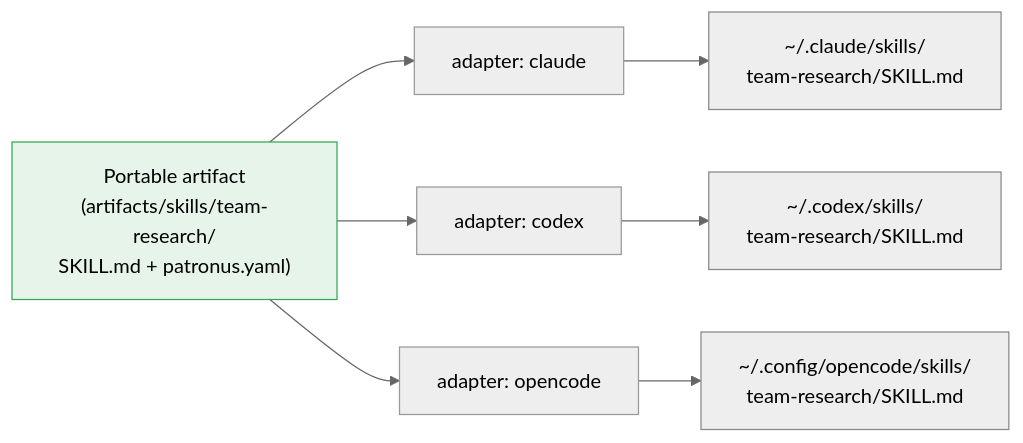
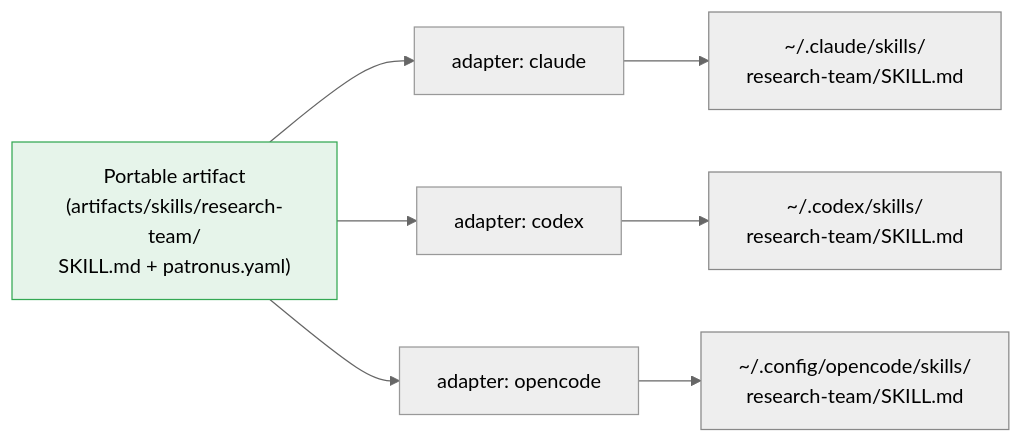
The fifth of 7 diagrams in README.md (darkquasar/patronus), drawn with Mermaid (neutral theme) before and after one commit. The commit also changed other lines of this file and 31 other files, not shown here.

First line of the commit message:
refactor(skills): rename team-research to research-team

````diff
--- a/README.md
+++ b/README.md
@@ -212,17 +212,17 @@
 ```mermaid
 flowchart LR
-    Src["Portable artifact<br/>(artifacts/skills/team-research/<br/>SKILL.md + patronus.yaml)"]
+    Src["Portable artifact<br/>(artifacts/skills/research-team/<br/>SKILL.md + patronus.yaml)"]
 
     Src --> AdC["adapter: claude"]
     Src --> AdX["adapter: codex"]
     Src --> AdO["adapter: opencode"]
 
-    AdC --> OutC["~/.claude/skills/<br/>team-research/SKILL.md"]
-    AdX --> OutX["~/.codex/skills/<br/>team-research/SKILL.md"]
-    AdO --> OutO["~/.config/opencode/skills/<br/>team-research/SKILL.md"]
+    AdC --> OutC["~/.claude/skills/<br/>research-team/SKILL.md"]
+    AdX --> OutX["~/.codex/skills/<br/>research-team/SKILL.md"]
+    AdO --> OutO["~/.config/opencode/skills/<br/>research-team/SKILL.md"]
 
     classDef src fill:#e6f4ea,stroke:#34a853,color:#000;
     classDef out fill:#eee,stroke:#888,color:#000;
     class Src src
     class OutC,OutX,OutO out
 ```
````
